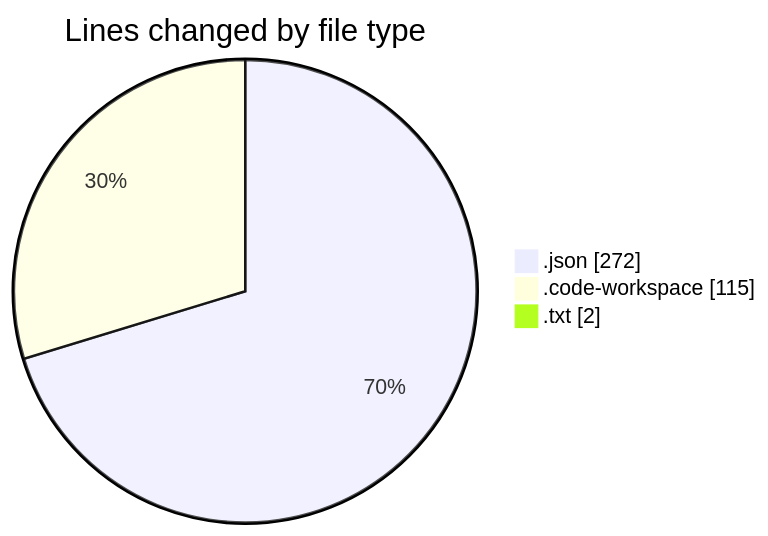
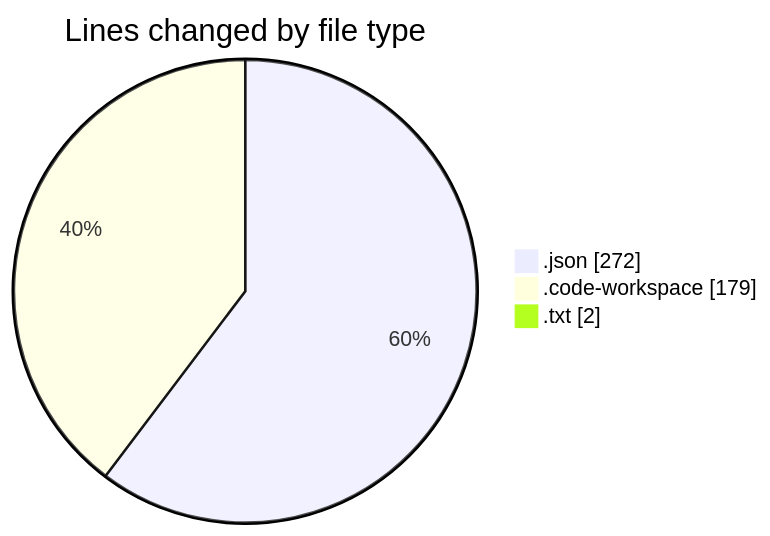
The first of 2 diagrams in 2026-02-24/workbench__workspace_/README.md (jadenblack/code-tracking), drawn with Mermaid before and after one commit. The commit also changed other lines of this file and 1 other file, not shown here.

````diff
--- a/2026-02-24/workbench__workspace_/README.md
+++ b/2026-02-24/workbench__workspace_/README.md
@@ -24,7 +24,7 @@
 ```mermaid
 pie showData
 title Lines changed by file type
 ".json" : 272
-".code-workspace" : 115
+".code-workspace" : 179
 ".txt" : 2
 ```
````
